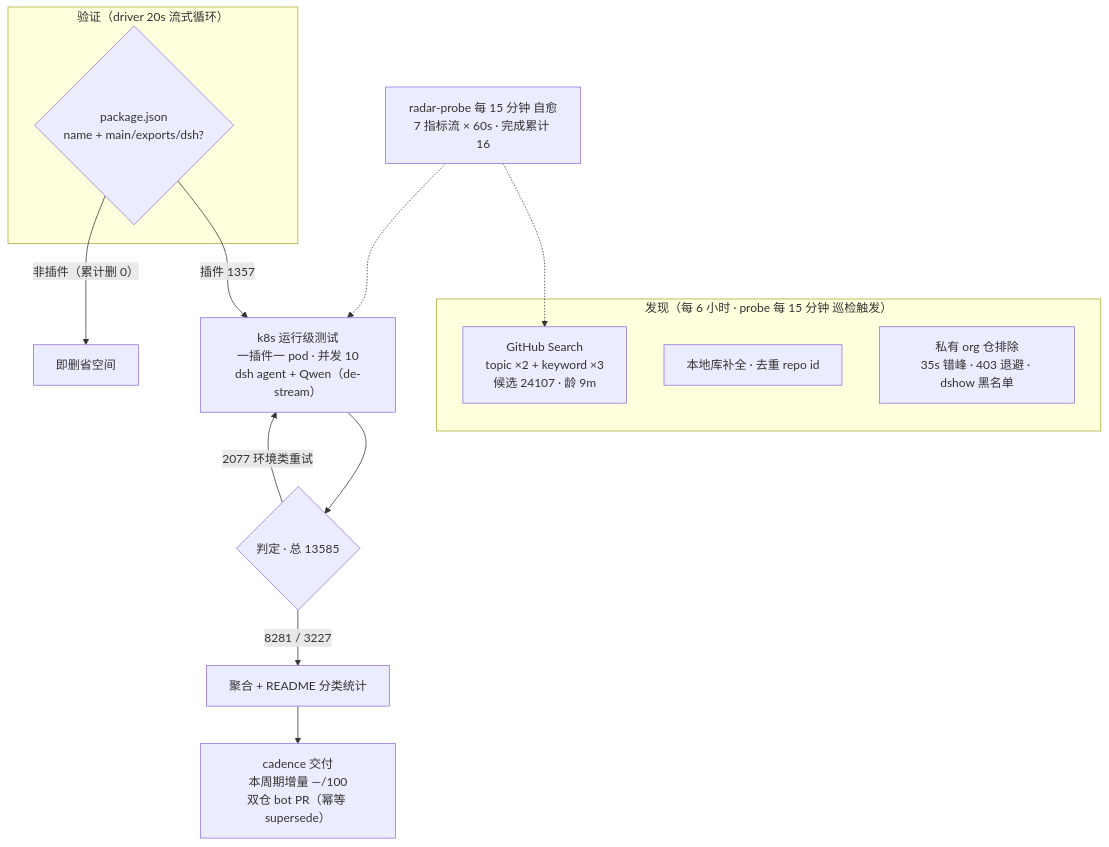
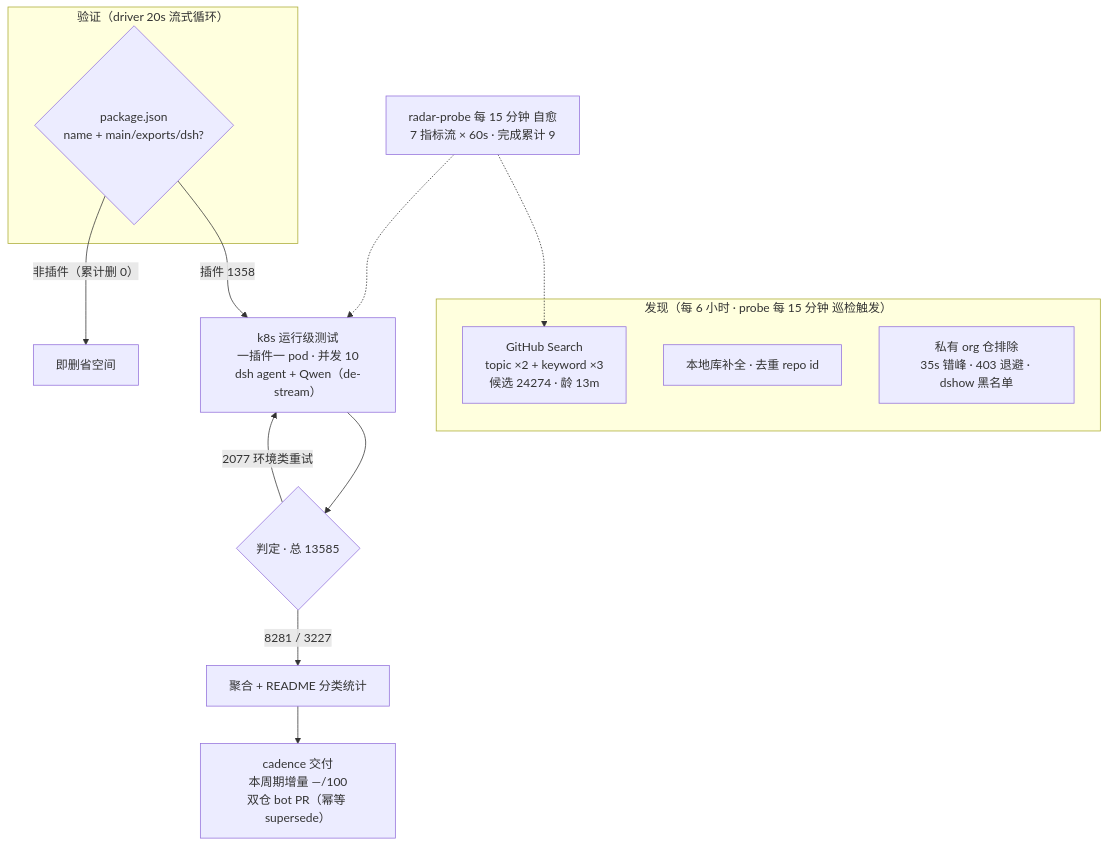
One commit to AdamPlatin123/dsh-plugin-radar changed the diagram in README.md. Above: the diagram before and after it, drawn with Mermaid. The commit also changed other lines of this file and 16 other files, not shown here.

````diff
--- a/README.md
+++ b/README.md
@@ -100,20 +102,20 @@
 ```mermaid
 flowchart TB
     subgraph Discovery["发现（每 6 小时 · probe 每 15 分钟 巡检触发）"]
-        A1["GitHub Search<br/>topic ×2 + keyword ×3<br/>候选 24107 · 龄 9m"]
+        A1["GitHub Search<br/>topic ×2 + keyword ×3<br/>候选 24274 · 龄 13m"]
         A2["本地库补全 · 去重 repo id"]
         A3["私有 org 仓排除<br/>35s 错峰 · 403 退避 · dshow 黑名单"]
     end
     subgraph Validation["验证（driver 20s 流式循环）"]
         B1{"package.json<br/>name + main/exports/dsh?"}
     end
-    B1 -->|"插件 1357"| C1["k8s 运行级测试<br/>一插件一 pod · 并发 10<br/>dsh agent + Qwen（de-stream）"]
+    B1 -->|"插件 1358"| C1["k8s 运行级测试<br/>一插件一 pod · 并发 10<br/>dsh agent + Qwen（de-stream）"]
     B1 -->|"非插件（累计删 0）"| B3["即删省空间"]
     C1 --> D1{"判定 · 总 13585"}
     D1 -->|"8281 / 3227"| E1["聚合 + README 分类统计"]
     D1 -->|"2077 环境类重试"| C1
     E1 --> E2["cadence 交付<br/>本周期增量 —/100<br/>双仓 bot PR（幂等 supersede）"]
-    M["radar-probe 每 15 分钟 自愈<br/>7 指标流 × 60s · 完成累计 16"]
+    M["radar-probe 每 15 分钟 自愈<br/>7 指标流 × 60s · 完成累计 9"]
     M -.-> A1
     M -.-> C1
 ```
````
